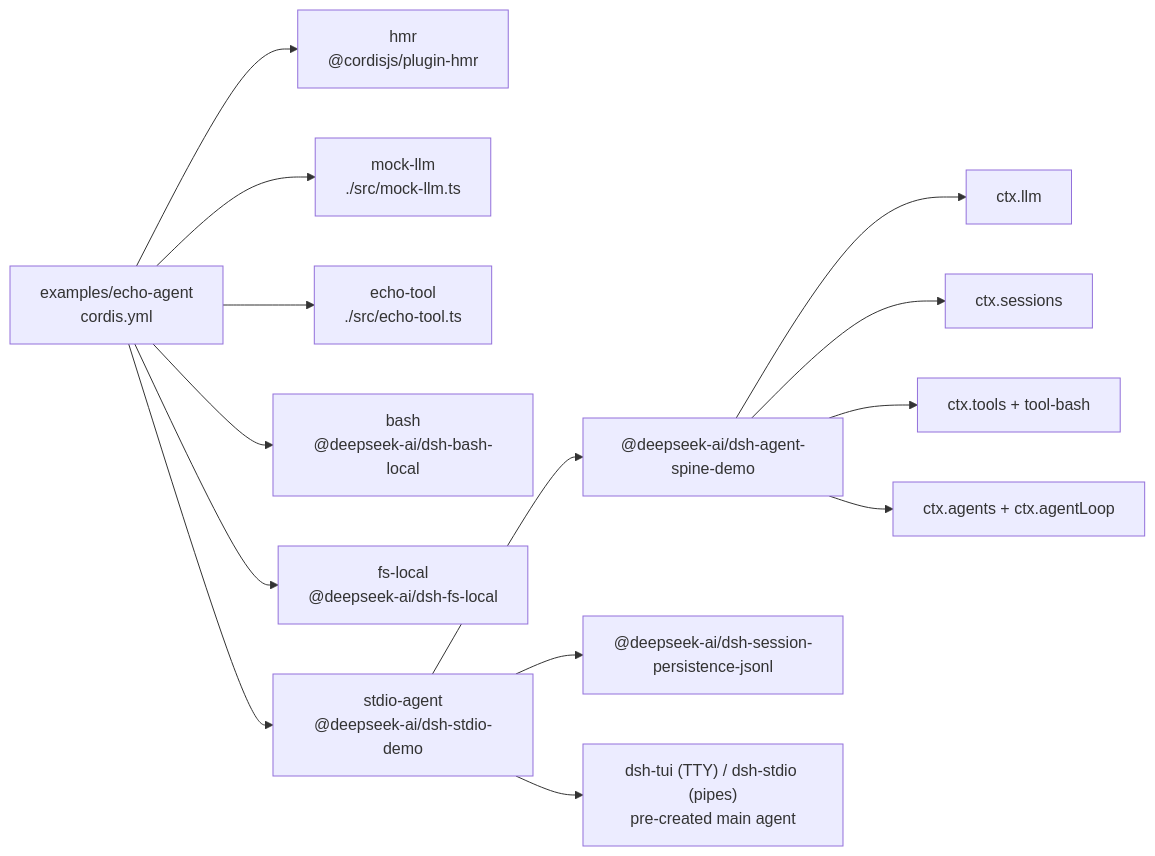
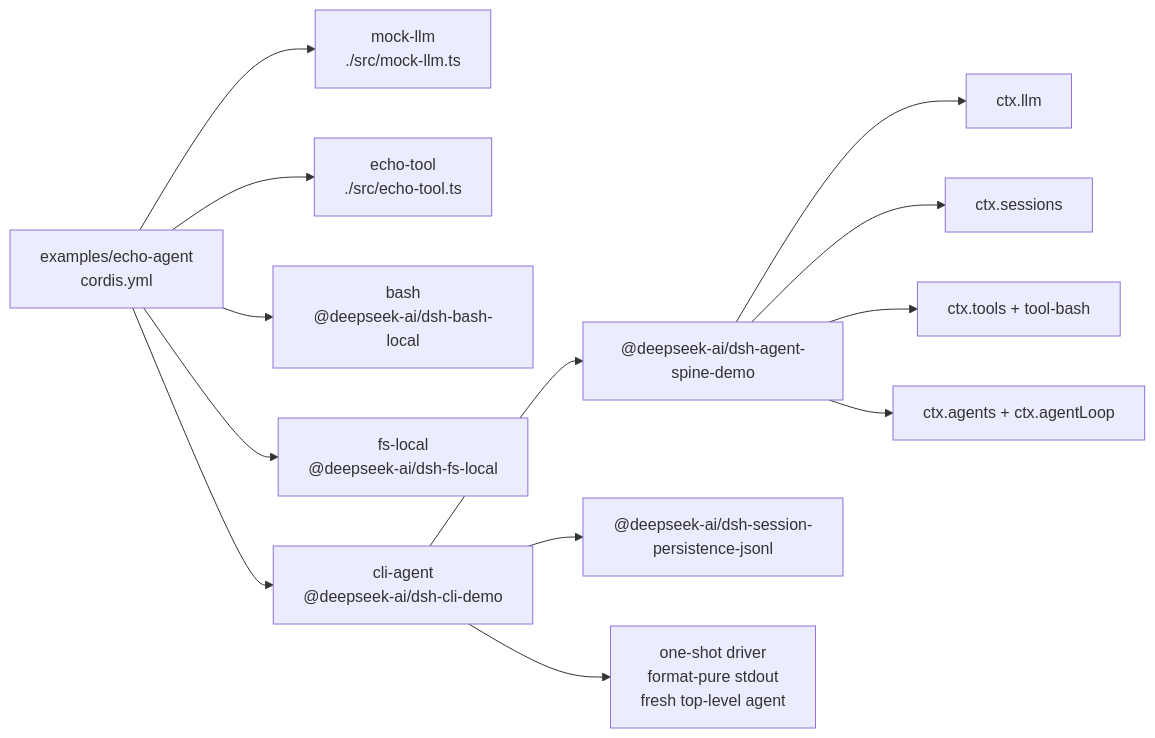
One commit to 007M7/DeepCode changed the diagram in examples/echo-agent/composition.md. Above: the diagram before and after it, drawn with Mermaid. The commit also changed other lines of this file and 161 other files, not shown here.

Commit message:
Remove the stdio agent

````diff
--- a/examples/echo-agent/composition.md
+++ b/examples/echo-agent/composition.md
@@ -8,23 +8,21 @@
 ```mermaid
 flowchart LR
   cfg["examples/echo-agent<br/>cordis.yml"]
-  plugin_echo_hmr["hmr<br/>@cordisjs/plugin-hmr"]
-  cfg --> plugin_echo_hmr
   plugin_echo_mock_llm["mock-llm<br/>./src/mock-llm.ts"]
   cfg --> plugin_echo_mock_llm
   plugin_echo_echo_tool["echo-tool<br/>./src/echo-tool.ts"]
   cfg --> plugin_echo_echo_tool
   plugin_echo_bash["bash<br/>@deepseek-ai/dsh-bash-local"]
   cfg --> plugin_echo_bash
   plugin_echo_fs_local["fs-local<br/>@deepseek-ai/dsh-fs-local"]
   cfg --> plugin_echo_fs_local
-  plugin_echo_stdio_agent["stdio-agent<br/>@deepseek-ai/dsh-stdio-demo"]
-  cfg --> plugin_echo_stdio_agent
-  plugin_echo_stdio_agent --> bundle_agent_core["@deepseek-ai/dsh-agent-spine-demo"]
-  plugin_echo_stdio_agent --> bundle_jsonl["@deepseek-ai/dsh-session-persistence-jsonl"]
-  plugin_echo_stdio_agent --> frontdoor_stdio["dsh-tui (TTY) / dsh-stdio (pipes)<br/>pre-created main agent"]
+  plugin_echo_cli_agent["cli-agent<br/>@deepseek-ai/dsh-cli-demo"]
+  cfg --> plugin_echo_cli_agent
+  plugin_echo_cli_agent --> bundle_agent_core["@deepseek-ai/dsh-agent-spine-demo"]
+  plugin_echo_cli_agent --> bundle_jsonl["@deepseek-ai/dsh-session-persistence-jsonl"]
+  plugin_echo_cli_agent --> frontdoor_cli["one-shot driver<br/>format-pure stdout<br/>fresh top-level agent"]
   bundle_agent_core --> spine_llm["ctx.llm"]
   bundle_agent_core --> spine_sessions["ctx.sessions"]
   bundle_agent_core --> spine_tools["ctx.tools + tool-bash"]
   bundle_agent_core --> spine_loop["ctx.agents + ctx.agentLoop"]
 ```
````
